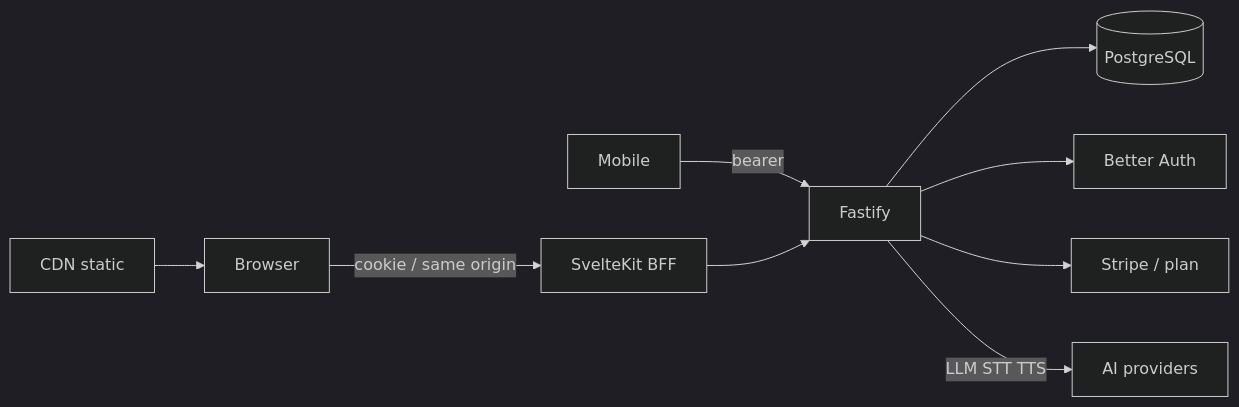
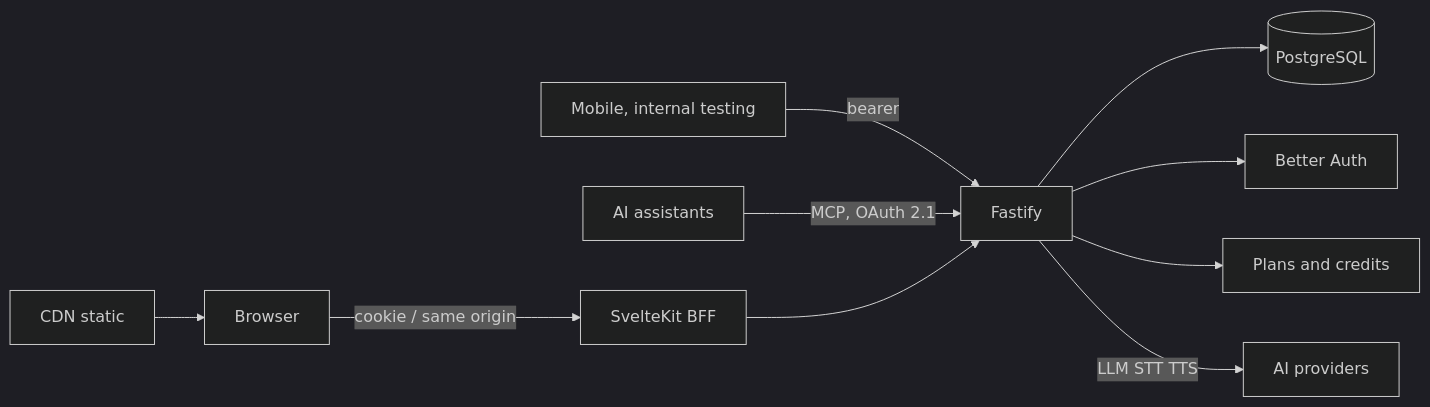
The first of 2 diagrams in src/en/products/tutored.md (binartist/about-me), drawn with Mermaid (dark theme) before and after one commit. The commit also changed other lines of this file and 8 other files, not shown here.

````diff
--- a/src/en/products/tutored.md
+++ b/src/en/products/tutored.md
@@ -14,11 +14,12 @@
 ```mermaid
 flowchart LR
   Browser -->|cookie / same origin| BFF[SvelteKit BFF]
   CDN[CDN static] --> Browser
-  Mobile[Mobile] -->|bearer| API[Fastify]
+  Mobile[Mobile, internal testing] -->|bearer| API[Fastify]
+  Assistants[AI assistants] -->|MCP, OAuth 2.1| API
   BFF --> API
   API --> PG[(PostgreSQL)]
   API --> Auth[Better Auth]
-  API --> Pay[Stripe / plan]
+  API --> Credits[Plans and credits]
   API -->|LLM STT TTS| AI[AI providers]
 ```
````
